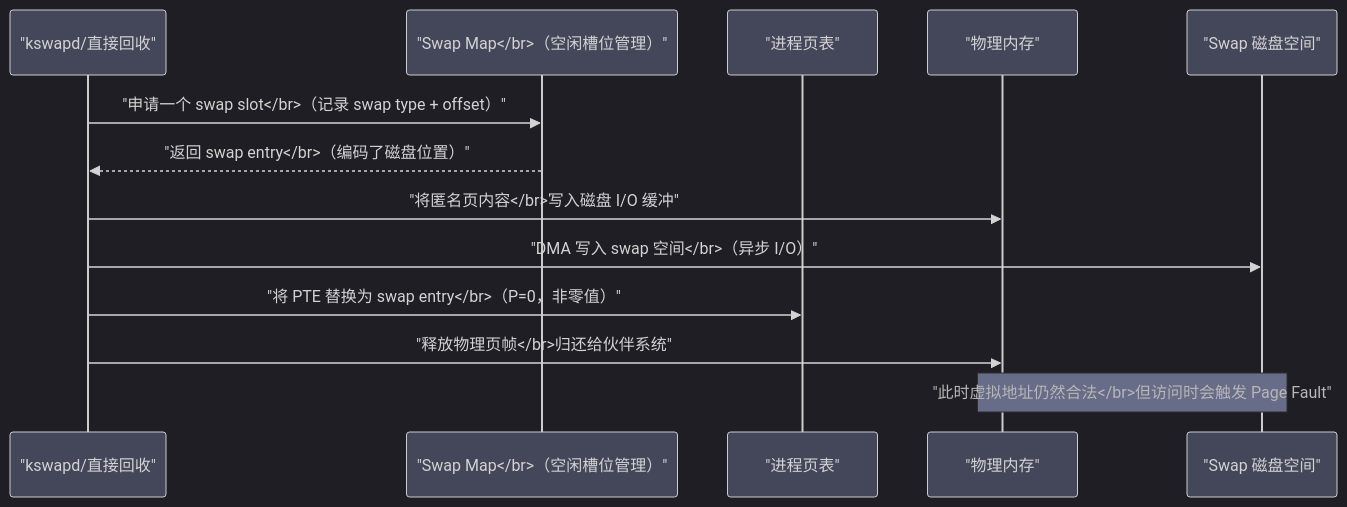
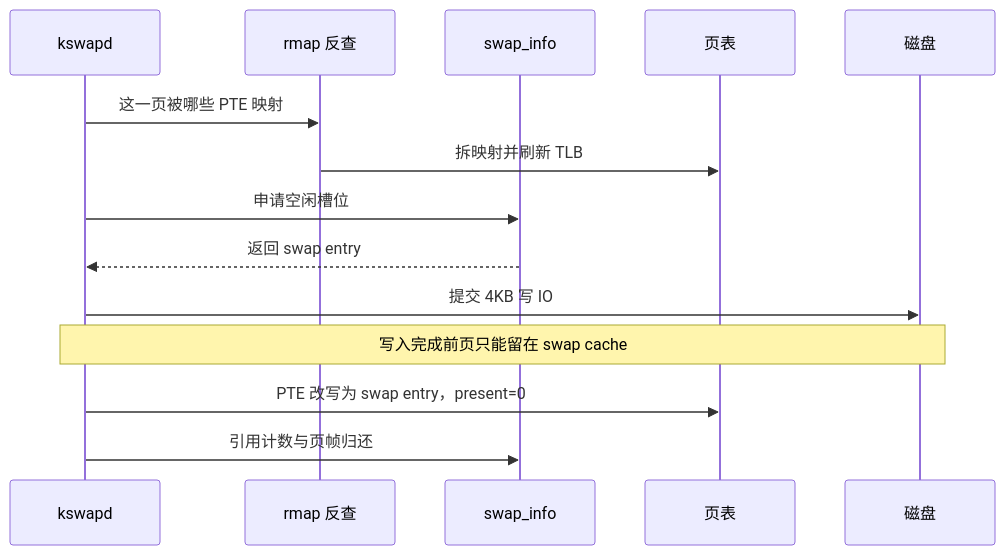
One commit to hpliStartAgain/my-brain changed the first of 3 diagrams in content/Linux/内存管理/06 Swap机制：磁盘充当内存的代价与边界.md. Above: the diagram before and after it, drawn with Mermaid. The commit also changed other lines of this file and 455 other files, not shown here.

````diff
--- a/content/Linux/内存管理/06 Swap机制：磁盘充当内存的代价与边界.md
+++ b/content/Linux/内存管理/06 Swap机制：磁盘充当内存的代价与边界.md
@@ -74,17 +62,17 @@
 ```mermaid
-%%{init: {'theme': 'dark', 'themeVariables': {'primaryColor': '#6272a4', 'primaryTextColor': '#f8f8f2', 'primaryBorderColor': '#bd93f9', 'lineColor': '#ff79c6', 'background': '#282a36', 'mainBkg': '#44475a'}}}%%
+%%{init: {'theme': 'dracula'}}%%
 sequenceDiagram
-    participant K as "kswapd/直接回收"
-    participant SM as "Swap Map</br>（空闲槽位管理）"
-    participant PTE as "进程页表"
-    participant M as "物理内存"
-    participant D as "Swap 磁盘空间"
-
-    K->>SM: "申请一个 swap slot</br>（记录 swap type + offset）"
-    SM-->>K: "返回 swap entry</br>（编码了磁盘位置）"
-    K->>M: "将匿名页内容</br>写入磁盘 I/O 缓冲"
-    K->>D: "DMA 写入 swap 空间</br>（异步 I/O）"
-    K->>PTE: "将 PTE 替换为 swap entry</br>（P=0，非零值）"
-    K->>M: "释放物理页帧</br>归还给伙伴系统"
-    Note over M,D: "此时虚拟地址仍然合法</br>但访问时会触发 Page Fault"
+    participant K as kswapd
+    participant R as rmap 反查
+    participant S as swap_info
+    participant P as 页表
+    participant D as 磁盘
+    K->>R: 这一页被哪些 PTE 映射
+    R->>P: 拆映射并刷新 TLB
+    K->>S: 申请空闲槽位
+    S-->>K: 返回 swap entry
+    K->>D: 提交 4KB 写 IO
+    Note over K,D: 写入完成前页只能留在 swap cache
+    K->>P: PTE 改写为 swap entry，present=0
+    K->>S: 引用计数与页帧归还
 ```
````
